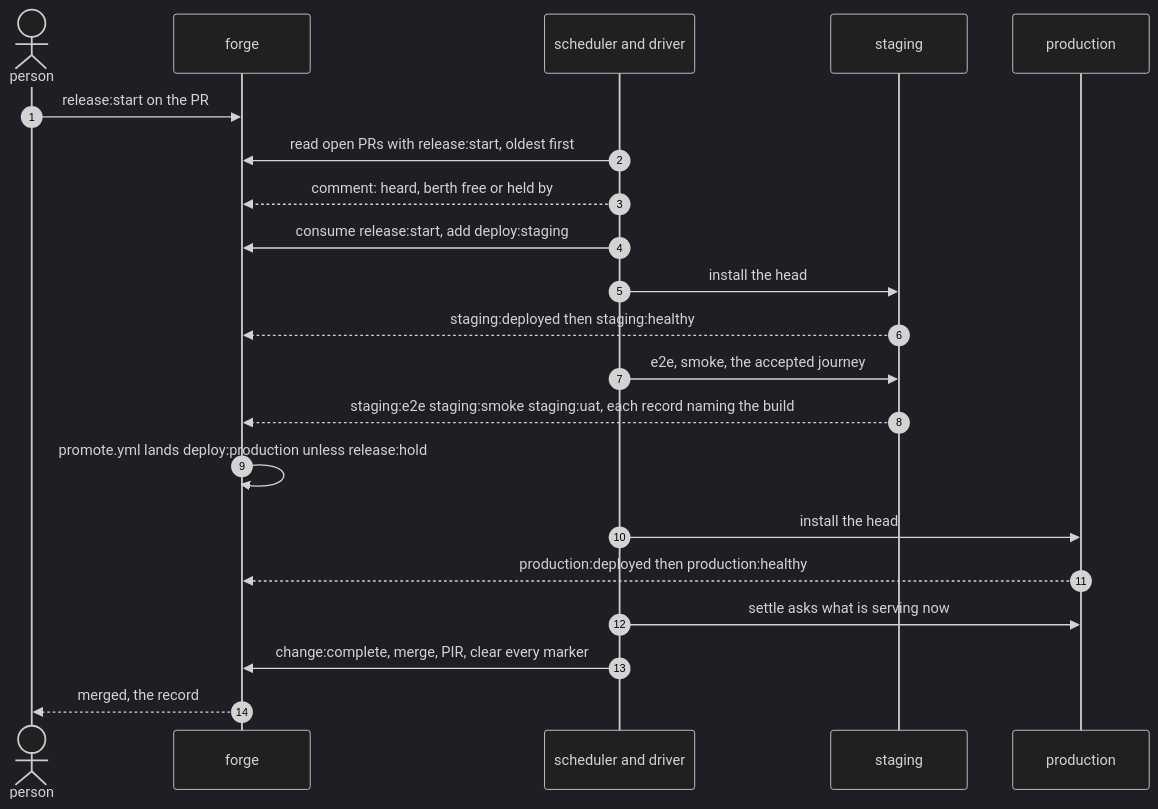
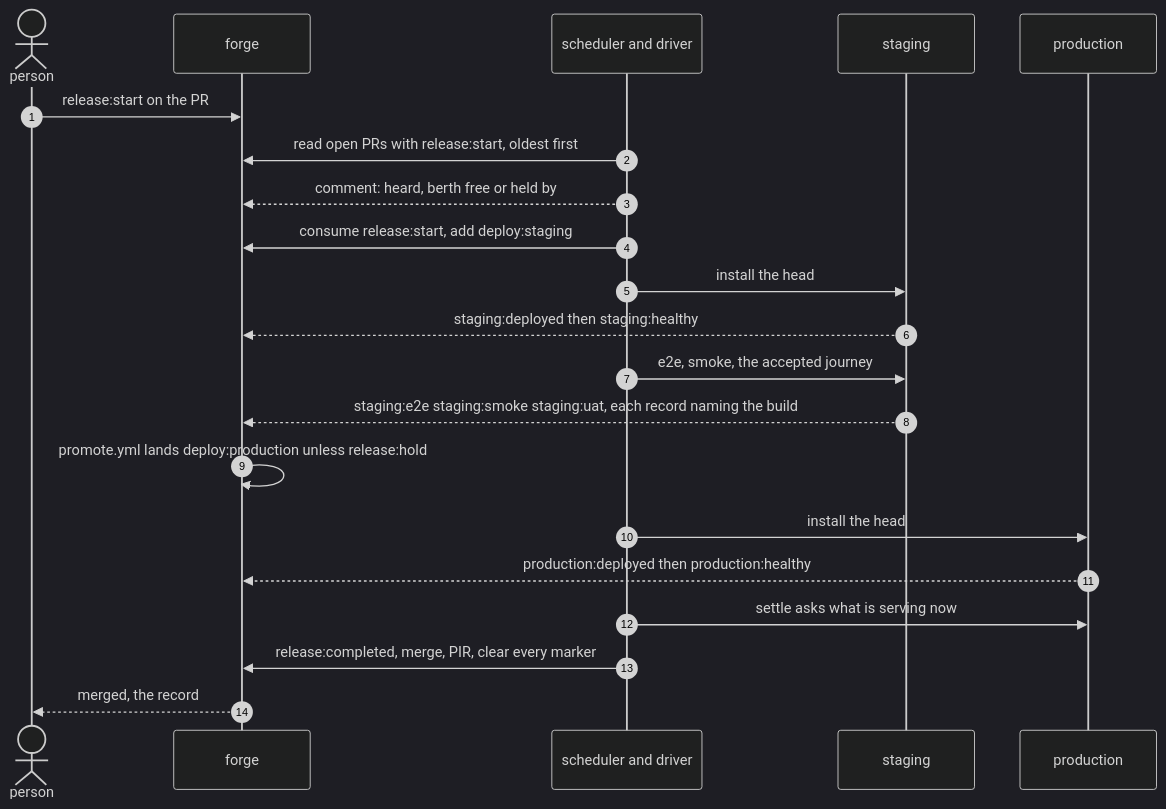
One commit to aygp-dr/standard-change changed the diagram in research/adoption.org. Above: the diagram before and after it, drawn with Mermaid (dark theme). The commit also changed other lines of this file and 39 other files, not shown here.

```diff
--- a/research/adoption.org
+++ b/research/adoption.org
@@ -101,23 +101,23 @@
 #+begin_src mermaid :eval never-export
 sequenceDiagram
     autonumber
     actor P as person
     participant F as forge
     participant D as scheduler and driver
     participant S as staging
     participant R as production
     P->>F: release:start on the PR
     D->>F: read open PRs with release:start, oldest first
     D-->>F: comment: heard, berth free or held by #N
     D->>F: consume release:start, add deploy:staging
     D->>S: install the head
     S-->>F: staging:deployed then staging:healthy
     D->>S: e2e, smoke, the accepted journey
     S-->>F: staging:e2e staging:smoke staging:uat, each record naming the build
     F->>F: promote.yml lands deploy:production unless release:hold
     D->>R: install the head
     R-->>F: production:deployed then production:healthy
     D->>R: settle asks what is serving now
-    D->>F: change:complete, merge, PIR, clear every marker
+    D->>F: release:completed, merge, PIR, clear every marker
     F-->>P: merged, the record
 #+end_src
```
